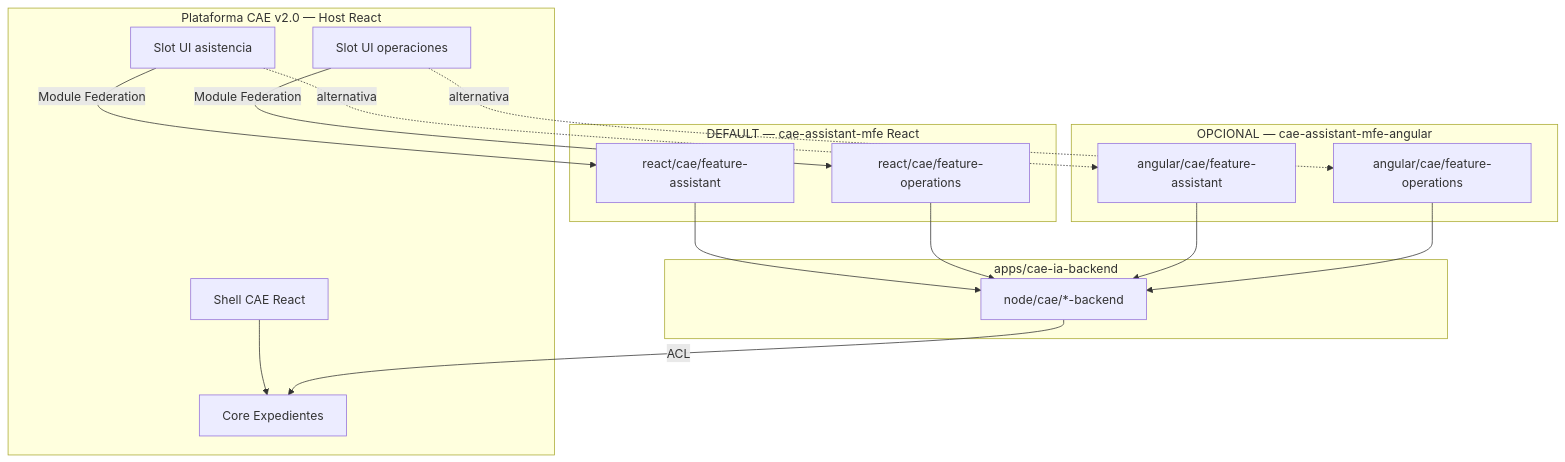
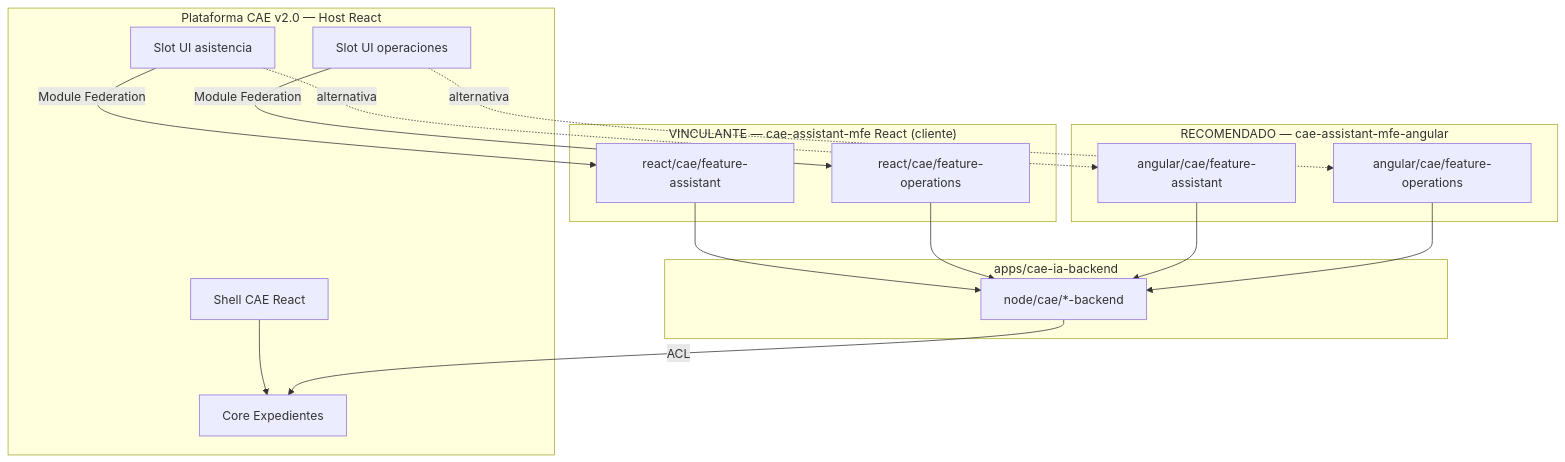
Before and after one commit to angelnietos/erp: the third of 8 diagrams in caedocs/ESPECIFICACION-FUNCIONAL-v3.0.md, drawn with Mermaid. The commit also changed other lines of this file and 7 other files, not shown here.

````diff
--- a/caedocs/ESPECIFICACION-FUNCIONAL-v3.0.md
+++ b/caedocs/ESPECIFICACION-FUNCIONAL-v3.0.md
@@ -412,31 +441,31 @@
 ```mermaid
 flowchart TB
     subgraph CAE["Plataforma CAE v2.0 — Host React"]
         H["Shell CAE React"]
         EXP["Core Expedientes"]
         S1["Slot UI asistencia"]
         S2["Slot UI operaciones"]
     end
 
-    subgraph MFE_R["DEFAULT — cae-assistant-mfe React"]
+    subgraph MFE_R["VINCULANTE — cae-assistant-mfe React (cliente)"]
         R_FA["react/cae/feature-assistant"]
         R_FO["react/cae/feature-operations"]
     end
 
-    subgraph MFE_A["OPCIONAL — cae-assistant-mfe-angular"]
+    subgraph MFE_A["RECOMENDADO — cae-assistant-mfe-angular"]
         A_FA["angular/cae/feature-assistant"]
         A_FO["angular/cae/feature-operations"]
     end
 
     subgraph BACK["apps/cae-ia-backend"]
         BE["node/cae/*-backend"]
     end
 
     H --> EXP
     S1 -->|Module Federation| R_FA
     S2 -->|Module Federation| R_FO
     S1 -.->|alternativa| A_FA
     S2 -.->|alternativa| A_FO
     R_FA & R_FO & A_FA & A_FO --> BE
     BE -->|ACL| EXP
 ```
````
